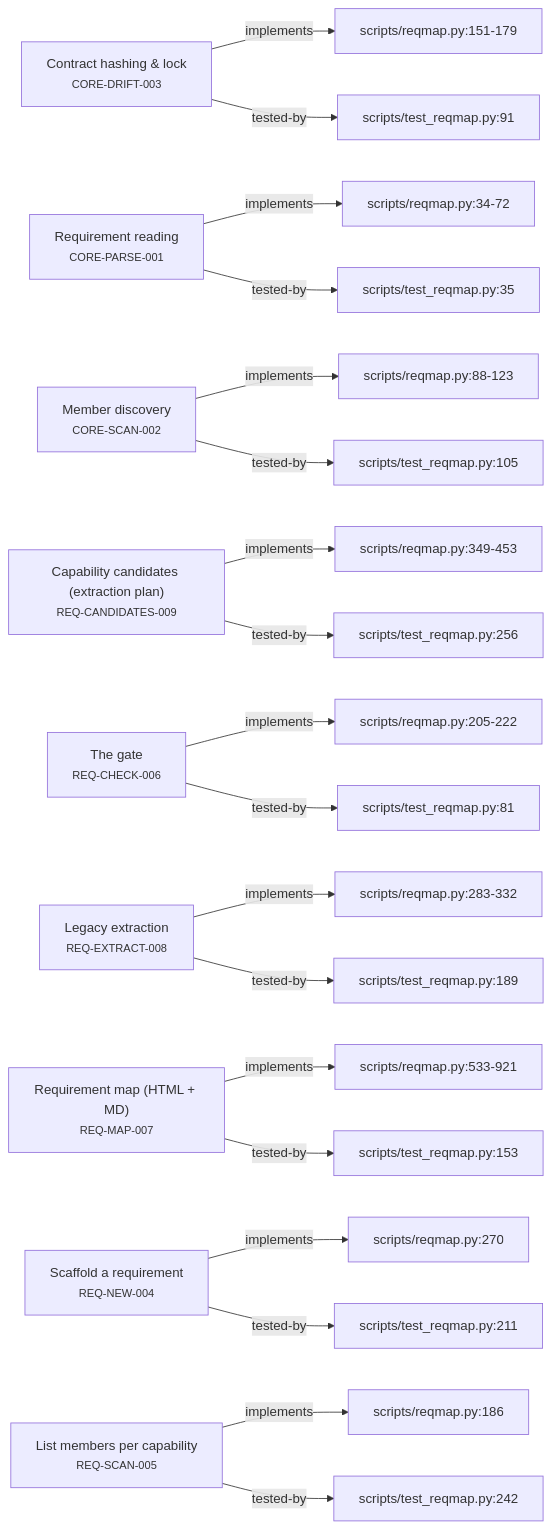
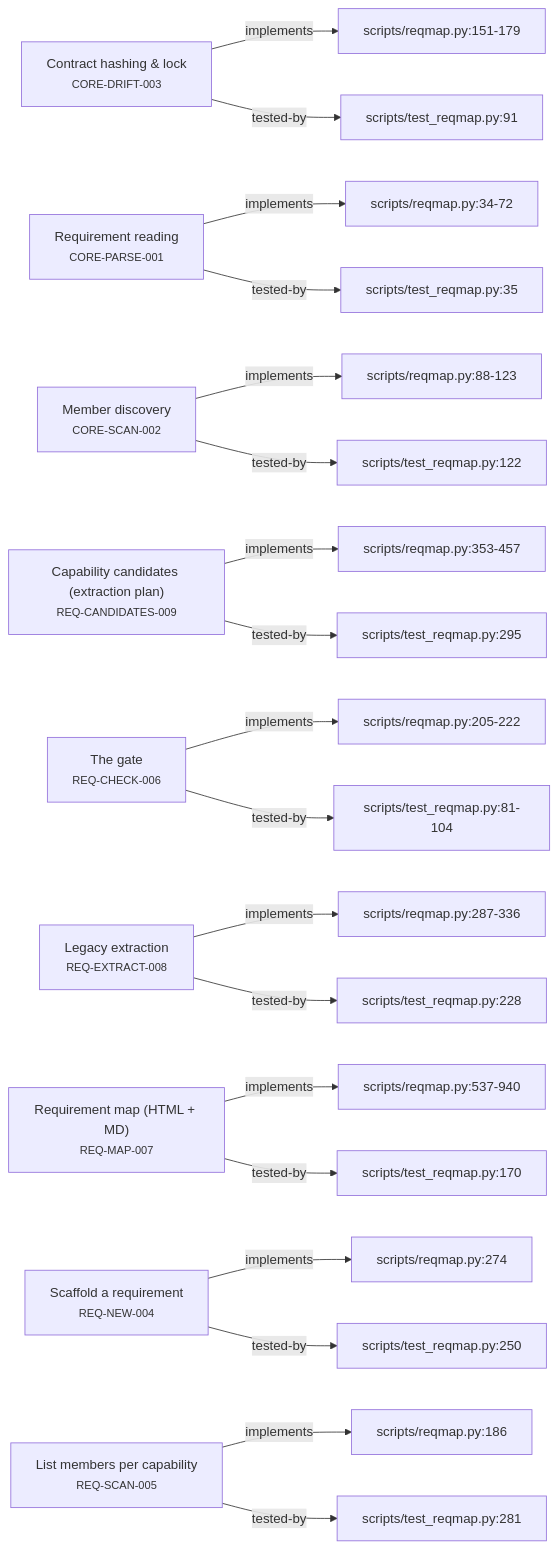
One commit to alxmax/Requirement-manager changed the second of 5 diagrams in plugin/requirements/_map.md. Above: the diagram before and after it, drawn with Mermaid. The commit also changed other lines of this file and 3 other files, not shown here.

First line of the commit message:
feat(map): per-area subgraphs + status-aware req->code colors

````diff
--- a/plugin/requirements/_map.md
+++ b/plugin/requirements/_map.md
@@ -40,48 +43,48 @@
 ```mermaid
 graph LR
   CORE_DRIFT_003["Contract hashing & lock<br><small>CORE-DRIFT-003</small>"]
   f_scripts_reqmap_py_151_179["scripts/reqmap.py:151-179"]
   CORE_DRIFT_003 -->|implements| f_scripts_reqmap_py_151_179
   f_scripts_test_reqmap_py_91["scripts/test_reqmap.py:91"]
   CORE_DRIFT_003 -->|tested-by| f_scripts_test_reqmap_py_91
   CORE_PARSE_001["Requirement reading<br><small>CORE-PARSE-001</small>"]
   f_scripts_reqmap_py_34_72["scripts/reqmap.py:34-72"]
   CORE_PARSE_001 -->|implements| f_scripts_reqmap_py_34_72
   f_scripts_test_reqmap_py_35["scripts/test_reqmap.py:35"]
   CORE_PARSE_001 -->|tested-by| f_scripts_test_reqmap_py_35
   CORE_SCAN_002["Member discovery<br><small>CORE-SCAN-002</small>"]
   f_scripts_reqmap_py_88_123["scripts/reqmap.py:88-123"]
   CORE_SCAN_002 -->|implements| f_scripts_reqmap_py_88_123
-  f_scripts_test_reqmap_py_105["scripts/test_reqmap.py:105"]
-  CORE_SCAN_002 -->|tested-by| f_scripts_test_reqmap_py_105
+  f_scripts_test_reqmap_py_122["scripts/test_reqmap.py:122"]
+  CORE_SCAN_002 -->|tested-by| f_scripts_test_reqmap_py_122
   REQ_CANDIDATES_009["Capability candidates (extraction plan)<br><small>REQ-CANDIDATES-009</small>"]
-  f_scripts_reqmap_py_349_453["scripts/reqmap.py:349-453"]
-  REQ_CANDIDATES_009 -->|implements| f_scripts_reqmap_py_349_453
-  f_scripts_test_reqmap_py_256["scripts/test_reqmap.py:256"]
-  REQ_CANDIDATES_009 -->|tested-by| f_scripts_test_reqmap_py_256
+  f_scripts_reqmap_py_353_457["scripts/reqmap.py:353-457"]
+  REQ_CANDIDATES_009 -->|implements| f_scripts_reqmap_py_353_457
+  f_scripts_test_reqmap_py_295["scripts/test_reqmap.py:295"]
+  REQ_CANDIDATES_009 -->|tested-by| f_scripts_test_reqmap_py_295
   REQ_CHECK_006["The gate<br><small>REQ-CHECK-006</small>"]
   f_scripts_reqmap_py_205_222["scripts/reqmap.py:205-222"]
   REQ_CHECK_006 -->|implements| f_scripts_reqmap_py_205_222
-  f_scripts_test_reqmap_py_81["scripts/test_reqmap.py:81"]
-  REQ_CHECK_006 -->|tested-by| f_scripts_test_reqmap_py_81
+  f_scripts_test_reqmap_py_81_104["scripts/test_reqmap.py:81-104"]
+  REQ_CHECK_006 -->|tested-by| f_scripts_test_reqmap_py_81_104
   REQ_EXTRACT_008["Legacy extraction<br><small>REQ-EXTRACT-008</small>"]
-  f_scripts_reqmap_py_283_332["scripts/reqmap.py:283-332"]
-  REQ_EXTRACT_008 -->|implements| f_scripts_reqmap_py_283_332
-  f_scripts_test_reqmap_py_189["scripts/test_reqmap.py:189"]
-  REQ_EXTRACT_008 -->|tested-by| f_scripts_test_reqmap_py_189
+  f_scripts_reqmap_py_287_336["scripts/reqmap.py:287-336"]
+  REQ_EXTRACT_008 -->|implements| f_scripts_reqmap_py_287_336
+  f_scripts_test_reqmap_py_228["scripts/test_reqmap.py:228"]
+  REQ_EXTRACT_008 -->|tested-by| f_scripts_test_reqmap_py_228
   REQ_MAP_007["Requirement map (HTML + MD)<br><small>REQ-MAP-007</small>"]
-  f_scripts_reqmap_py_533_921["scripts/reqmap.py:533-921"]
-  REQ_MAP_007 -->|implements| f_scripts_reqmap_py_533_921
-  f_scripts_test_reqmap_py_153["scripts/test_reqmap.py:153"]
-  REQ_MAP_007 -->|tested-by| f_scripts_test_reqmap_py_153
+  f_scripts_reqmap_py_537_940["scripts/reqmap.py:537-940"]
+  REQ_MAP_007 -->|implements| f_scripts_reqmap_py_537_940
+  f_scripts_test_reqmap_py_170["scripts/test_reqmap.py:170"]
+  REQ_MAP_007 -->|tested-by| f_scripts_test_reqmap_py_170
   REQ_NEW_004["Scaffold a requirement<br><small>REQ-NEW-004</small>"]
-  f_scripts_reqmap_py_270["scripts/reqmap.py:270"]
-  REQ_NEW_004 -->|implements| f_scripts_reqmap_py_270
-  f_scripts_test_reqmap_py_211["scripts/test_reqmap.py:211"]
-  REQ_NEW_004 -->|tested-by| f_scripts_test_reqmap_py_211
+  f_scripts_reqmap_py_274["scripts/reqmap.py:274"]
+  REQ_NEW_004 -->|implements| f_scripts_reqmap_py_274
+  f_scripts_test_reqmap_py_250["scripts/test_reqmap.py:250"]
+  REQ_NEW_004 -->|tested-by| f_scripts_test_reqmap_py_250
   REQ_SCAN_005["List members per capability<br><small>REQ-SCAN-005</small>"]
   f_scripts_reqmap_py_186["scripts/reqmap.py:186"]
   REQ_SCAN_005 -->|implements| f_scripts_reqmap_py_186
-  f_scripts_test_reqmap_py_242["scripts/test_reqmap.py:242"]
-  REQ_SCAN_005 -->|tested-by| f_scripts_test_reqmap_py_242
+  f_scripts_test_reqmap_py_281["scripts/test_reqmap.py:281"]
+  REQ_SCAN_005 -->|tested-by| f_scripts_test_reqmap_py_281
 ```
````
